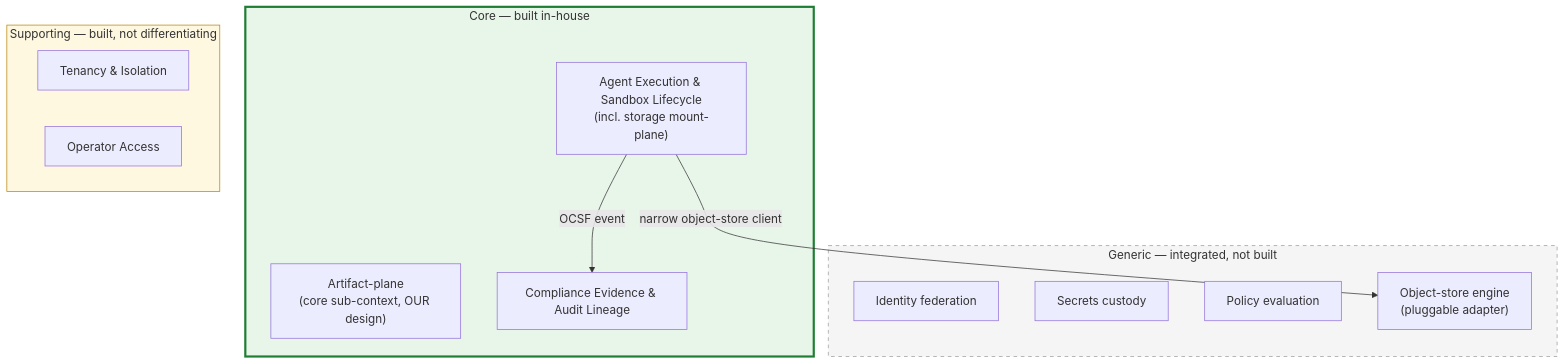
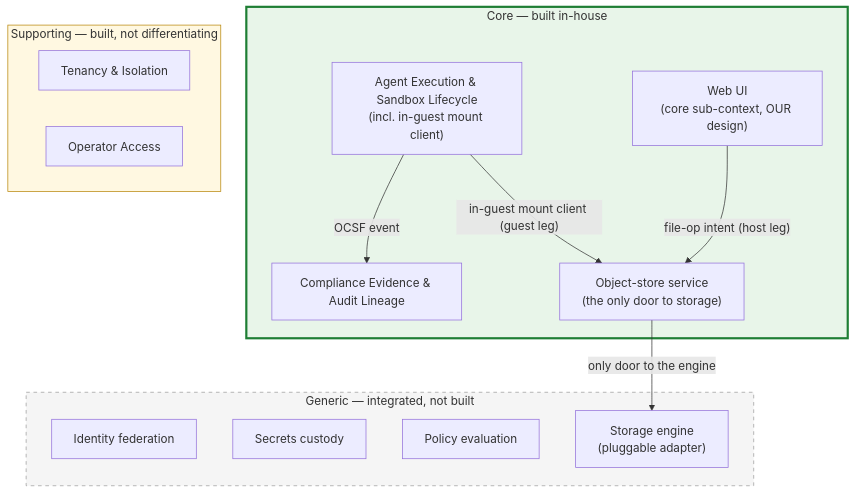
One commit to Wide-Moat/open-computer-use changed the first of 2 diagrams in docs/architecture/04-bounded-contexts.md. Above: the diagram before and after it, drawn with Mermaid. The commit also changed other lines of this file and 42 other files, not shown here.

First line of the commit message:
docs(architecture): conform the whole canon to the component-map constitution (wave 1)

````diff
--- a/docs/architecture/04-bounded-contexts.md
+++ b/docs/architecture/04-bounded-contexts.md
@@ -21,23 +21,26 @@
 ```mermaid
 flowchart TB
     subgraph CORE["Core — built in-house"]
-        AEX["Agent Execution &amp; Sandbox Lifecycle<br/>(incl. storage mount-plane)"]
-        ART["Artifact-plane<br/>(core sub-context, OUR design)"]
+        AEX["Agent Execution &amp; Sandbox Lifecycle<br/>(incl. in-guest mount client)"]
+        WEBUI["Web UI<br/>(core sub-context, OUR design)"]
+        OSS["Object-store service<br/>(the only door to storage)"]
         CEV["Compliance Evidence &amp; Audit Lineage"]
     end
     subgraph SUP["Supporting — built, not differentiating"]
         TEN["Tenancy &amp; Isolation"]
         OPA["Operator Access"]
     end
     subgraph GEN["Generic — integrated, not built"]
         IDF["Identity federation"]
         SEC["Secrets custody"]
         POL["Policy evaluation"]
-        ENG["Object-store engine<br/>(pluggable adapter)"]
+        ENG["Storage engine<br/>(pluggable adapter)"]
     end
     AEX -->|"OCSF event"| CEV
-    AEX -->|"narrow object-store client"| ENG
+    AEX -->|"in-guest mount client (guest leg)"| OSS
+    WEBUI -->|"file-op intent (host leg)"| OSS
+    OSS -->|"only door to the engine"| ENG
     style CORE fill:#e8f5e9,stroke:#1e7e34,stroke-width:3px
     style SUP fill:#fff8e1,stroke:#b8860b
     style GEN fill:#f5f5f5,stroke:#9e9e9e,stroke-dasharray:5 5
 ```
````
